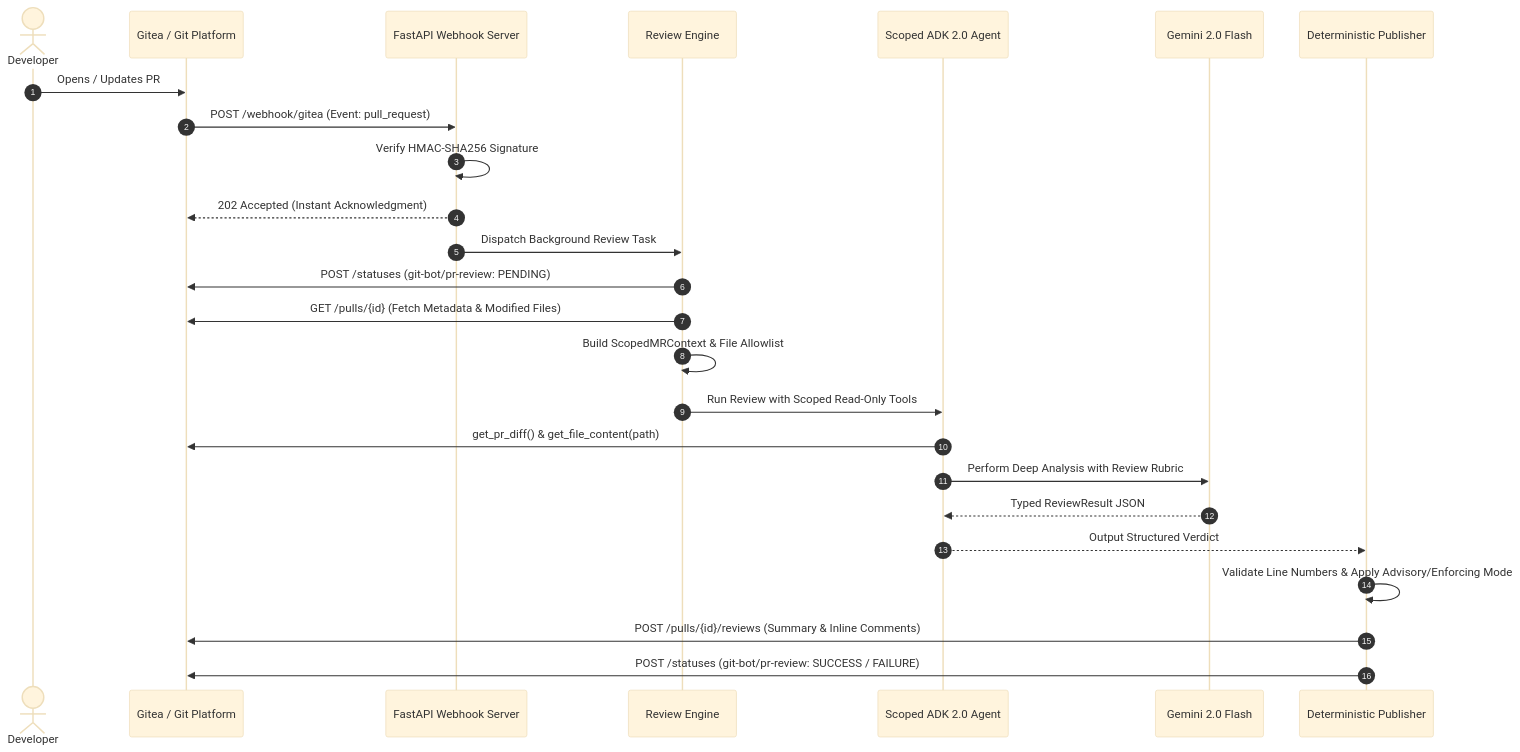
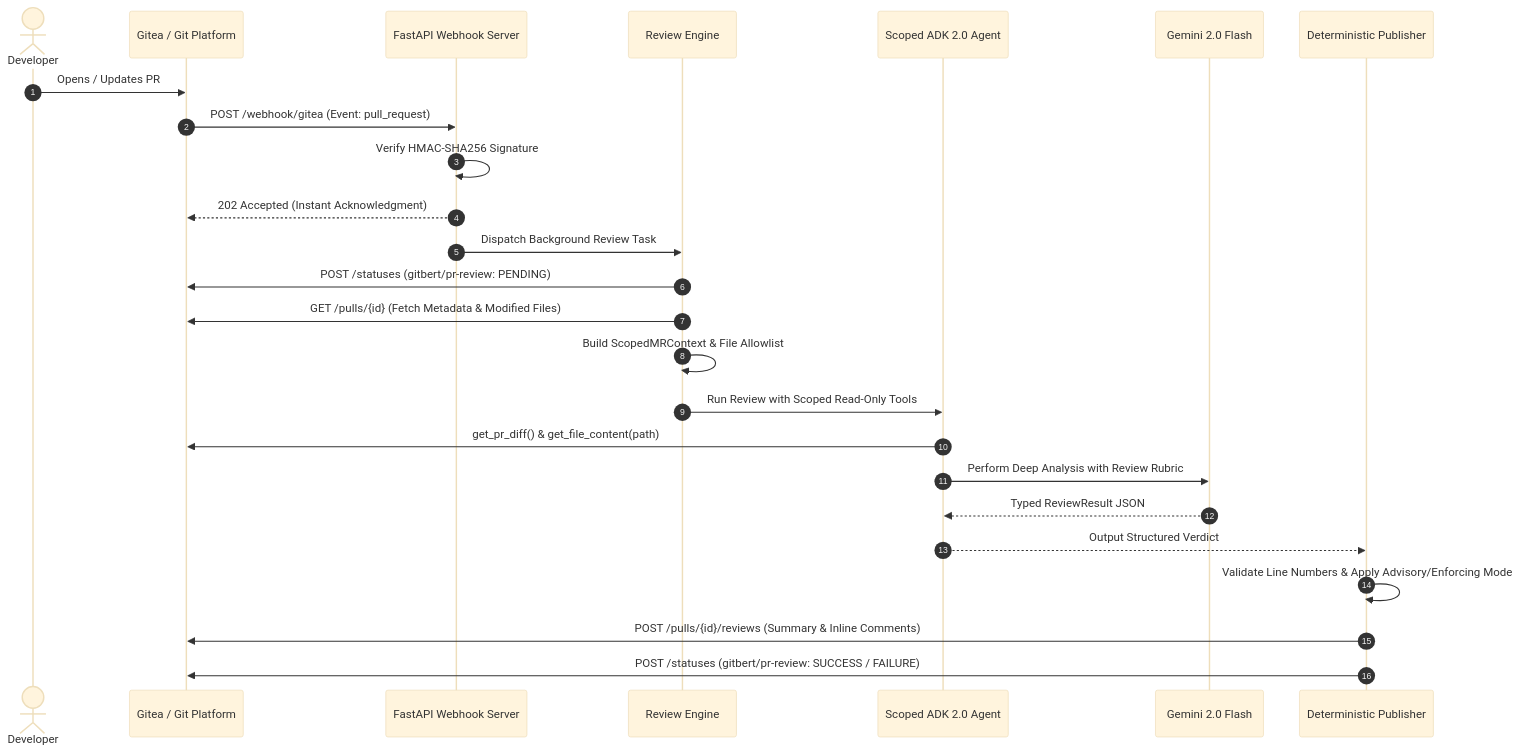
Before and after one commit to Menschomat/Gitbert: the diagram in README.md, drawn with Mermaid (base theme). The commit also changed other lines of this file and 1 other file, not shown here.

````diff
--- a/README.md
+++ b/README.md
@@ -46,31 +46,31 @@
 ```mermaid
 sequenceDiagram
     autonumber
     actor Dev as Developer
     participant Platform as Gitea / Git Platform
     participant Receiver as FastAPI Webhook Server
     participant Engine as Review Engine
     participant Agent as Scoped ADK 2.0 Agent
     participant LLM as Gemini 2.0 Flash
     participant Publisher as Deterministic Publisher
 
     Dev->>Platform: Opens / Updates PR
     Platform->>Receiver: POST /webhook/gitea (Event: pull_request)
     Receiver->>Receiver: Verify HMAC-SHA256 Signature
     Receiver-->>Platform: 202 Accepted (Instant Acknowledgment)
 
     Receiver->>Engine: Dispatch Background Review Task
-    Engine->>Platform: POST /statuses (git-bot/pr-review: PENDING)
+    Engine->>Platform: POST /statuses (gitbert/pr-review: PENDING)
     Engine->>Platform: GET /pulls/{id} (Fetch Metadata & Modified Files)
     Engine->>Engine: Build ScopedMRContext & File Allowlist
 
     Engine->>Agent: Run Review with Scoped Read-Only Tools
     Agent->>Platform: get_pr_diff() & get_file_content(path)
     Agent->>LLM: Perform Deep Analysis with Review Rubric
     LLM-->>Agent: Typed ReviewResult JSON
 
     Agent-->>Publisher: Output Structured Verdict
     Publisher->>Publisher: Validate Line Numbers & Apply Advisory/Enforcing Mode
     Publisher->>Platform: POST /pulls/{id}/reviews (Summary & Inline Comments)
-    Publisher->>Platform: POST /statuses (git-bot/pr-review: SUCCESS / FAILURE)
+    Publisher->>Platform: POST /statuses (gitbert/pr-review: SUCCESS / FAILURE)
 ```
````
